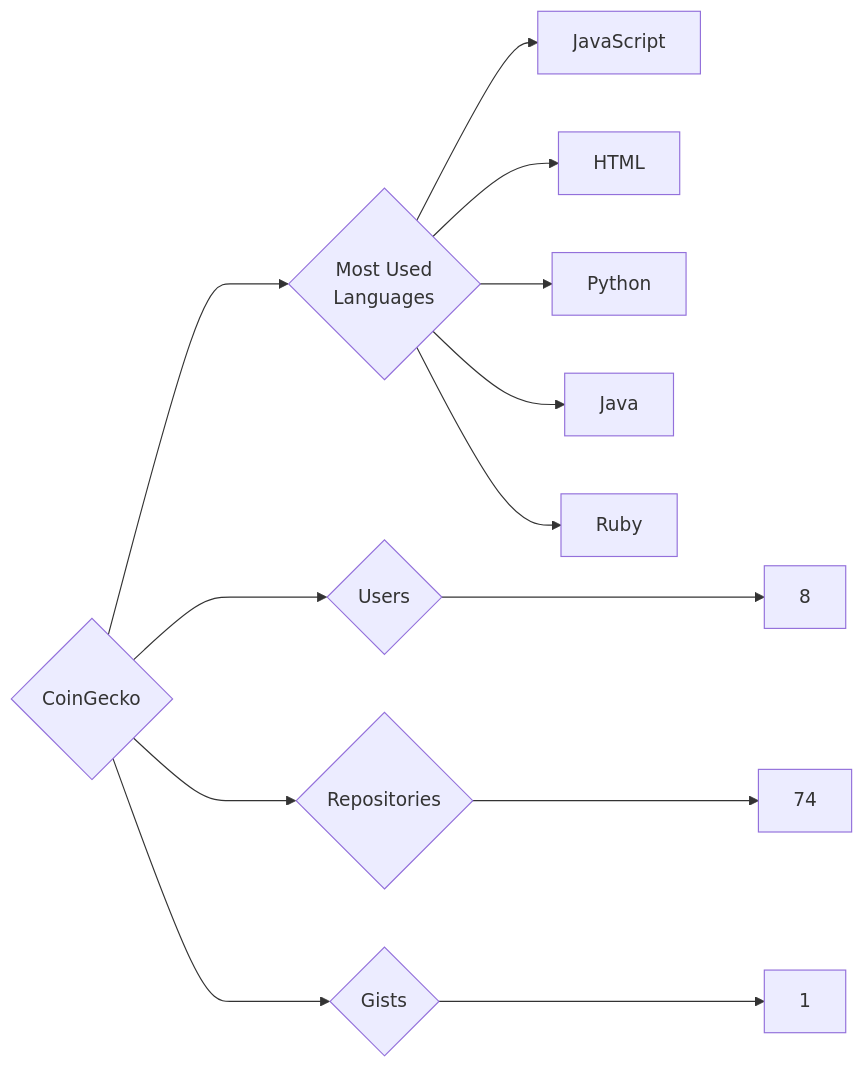
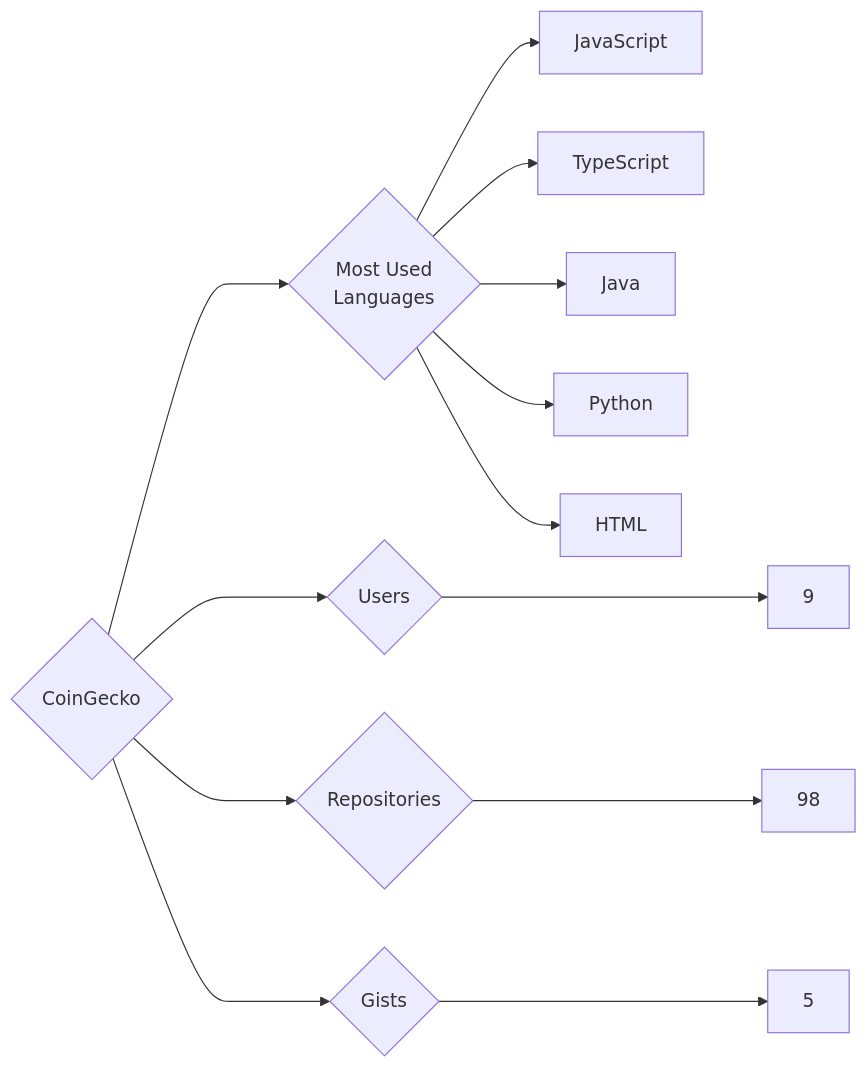
One commit to trickest/insiders changed the diagram in targets/CoinGecko/README.md. Above: the diagram before and after it, drawn with Mermaid. The commit also changed 1167 other files, not shown here.

````diff
--- a/targets/CoinGecko/README.md
+++ b/targets/CoinGecko/README.md
@@ -3,13 +3,13 @@
 ```mermaid
 graph LR
 COMPANY_NAME{CoinGecko}
-COMPANY_NAME ---> U{Users} ---> UN[8]
-COMPANY_NAME ---> R{Repositories} ---> RN[74]
-COMPANY_NAME ---> G{Gists} ---> GN[1]
+COMPANY_NAME ---> U{Users} ---> UN[9]
+COMPANY_NAME ---> R{Repositories} ---> RN[98]
+COMPANY_NAME ---> G{Gists} ---> GN[5]
 COMPANY_NAME ---> ML{Most Used<br>Languages}
 ML --> JavaScript[JavaScript]
+ML --> TypeScript[TypeScript]
+ML --> Java[Java]
+ML --> Python[Python]
 ML --> HTML[HTML]
-ML --> Python[Python]
-ML --> Java[Java]
-ML --> Ruby[Ruby]
 ```
````
